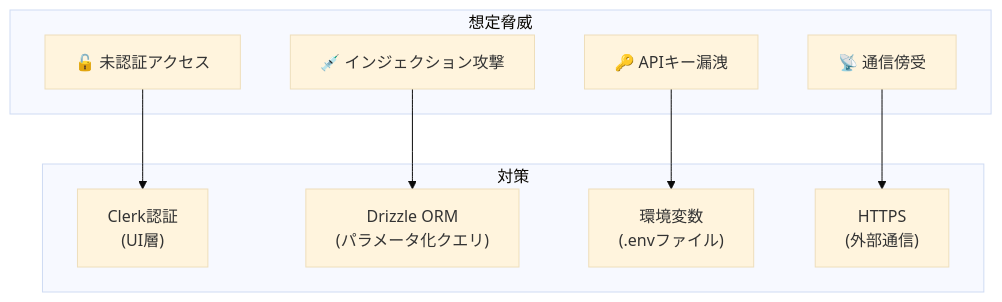
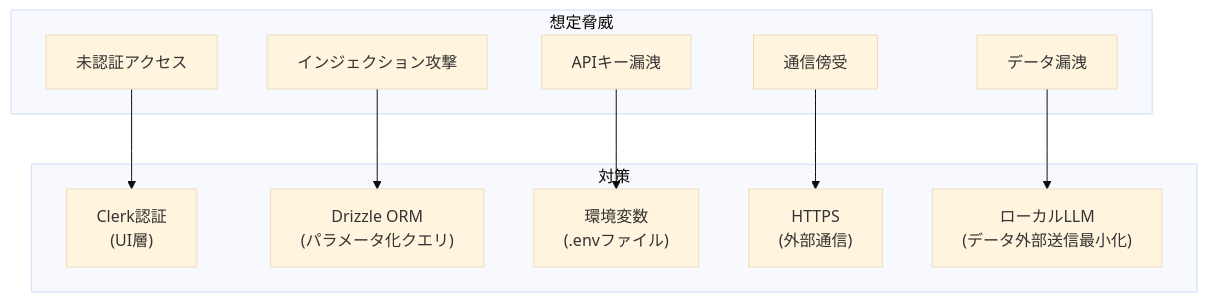
The seventh of 7 diagrams in docs/security-diagram.md (tamai-hideyuki/brain-cabinet), drawn with Mermaid (base theme) before and after one commit. The commit also changed other lines of this file and 19 other files, not shown here.

````diff
--- a/docs/security-diagram.md
+++ b/docs/security-diagram.md
@@ -237,21 +300,24 @@
 ```mermaid
 flowchart TB
     subgraph Threats["想定脅威"]
-        T1["🔓 未認証アクセス"]
-        T2["💉 インジェクション攻撃"]
-        T3["🔑 APIキー漏洩"]
-        T4["📡 通信傍受"]
+        T1["未認証アクセス"]
+        T2["インジェクション攻撃"]
+        T3["APIキー漏洩"]
+        T4["通信傍受"]
+        T5["データ漏洩"]
     end
 
     subgraph Mitigations["対策"]
         M1["Clerk認証\n(UI層)"]
         M2["Drizzle ORM\n(パラメータ化クエリ)"]
         M3["環境変数\n(.envファイル)"]
         M4["HTTPS\n(外部通信)"]
+        M5["ローカルLLM\n(データ外部送信最小化)"]
     end
 
     T1 --> M1
     T2 --> M2
     T3 --> M3
     T4 --> M4
+    T5 --> M5
 ```
````
